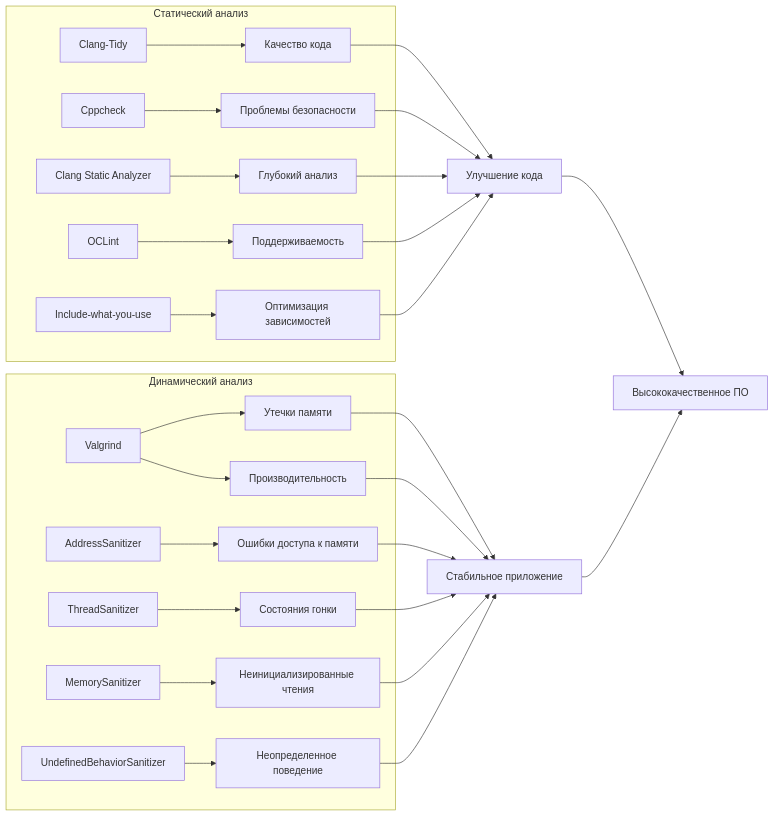
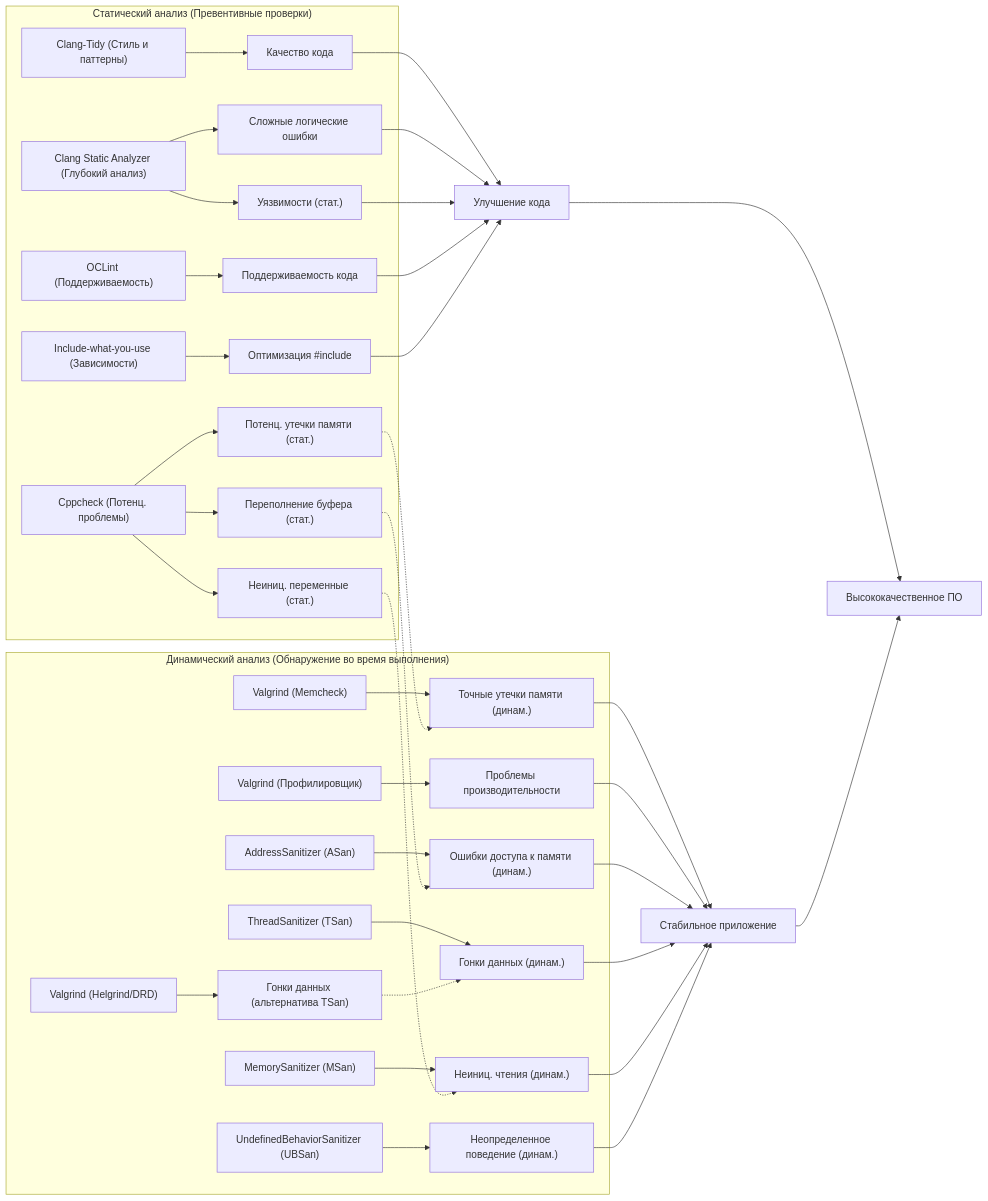
One commit to Wintari/cpp-project-dev-stack-preview changed the fifth of 6 diagrams in README.md. Above: the diagram before and after it, drawn with Mermaid. The commit also changed other lines of this file, not shown here.

````diff
--- a/README.md
+++ b/README.md
@@ -355,36 +364,44 @@
 ```mermaid
 graph LR
-    subgraph "Статический анализ"
-        ClangTidy["Clang-Tidy"] --> CodeQuality["Качество кода"]
-        Cppcheck --> SecurityIssues["Проблемы безопасности"]
-        ClangSA["Clang Static Analyzer"] --> DeepAnalysis["Глубокий анализ"]
-        OCLint --> Maintainability["Поддерживаемость"]
-        IWYU["Include-what-you-use"] --> Dependencies["Оптимизация зависимостей"]
+    subgraph "Статический анализ (Превентивные проверки)"
+        ClangTidy["Clang-Tidy (Стиль и паттерны)"] --> CodeQuality["Качество кода"]
+        Cppcheck["Cppcheck (Потенц. проблемы)"] --> PotMemoryLeaks["Потенц. утечки памяти (стат.)"]
+        Cppcheck --> BufferOverflowStatic["Переполнение буфера (стат.)"]
+        Cppcheck --> UninitVarStatic["Неиниц. переменные (стат.)"]
+        ClangSA["Clang Static Analyzer (Глубокий анализ)"] --> ComplexLogicErrors["Сложные логические ошибки"]
+        ClangSA --> VulnerabilitiesStatic["Уязвимости (стат.)"]
+        OCLint["OCLint (Поддерживаемость)"] --> Maintainability["Поддерживаемость кода"]
+        IWYU["Include-what-you-use (Зависимости)"] --> IncludeOptimization["Оптимизация #include"]
     end
     
-    subgraph "Динамический анализ"
-        Valgrind --> MemoryLeaks["Утечки памяти"]
-        Valgrind --> Performance["Производительность"]
+    subgraph "Динамический анализ (Обнаружение во время выполнения)"
+        ValgrindMemcheck["Valgrind (Memcheck)"] --> MemoryLeaksDynamic["Точные утечки памяти (динам.)"]
+        ValgrindProfile["Valgrind (Профилировщик)"] --> PerformanceIssues["Проблемы производительности"]
+        ValgrindHelgrindDRD["Valgrind (Helgrind/DRD)"] --> RaceConditionsAlt["Гонки данных (альтернатива TSan)"]
         
-        ASan["AddressSanitizer"] --> MemoryErrors["Ошибки доступа к памяти"]
-        TSan["ThreadSanitizer"] --> RaceConditions["Состояния гонки"]
-        MSan["MemorySanitizer"] --> UninitializedReads["Неинициализированные чтения"]
-        UBSan["UndefinedBehaviorSanitizer"] --> UndefinedBehavior["Неопределенное поведение"]
+        ASan["AddressSanitizer (ASan)"] --> MemoryAccessErrors["Ошибки доступа к памяти (динам.)"]
+        TSan["ThreadSanitizer (TSan)"] --> RaceConditionsDynamic["Гонки данных (динам.)"]
+        MSan["MemorySanitizer (MSan)"] --> UninitializedReadsDynamic["Неиниц. чтения (динам.)"]
+        UBSan["UndefinedBehaviorSanitizer (UBSan)"] --> UndefinedBehaviorDynamic["Неопределенное поведение (динам.)"]
     end
     
     CodeQuality --> BetterCode["Улучшение кода"]
-    SecurityIssues --> BetterCode
-    DeepAnalysis --> BetterCode
+    PotMemoryLeaks -.-> MemoryLeaksDynamic
+    BufferOverflowStatic -.-> MemoryAccessErrors
+    UninitVarStatic -.-> UninitializedReadsDynamic
+    ComplexLogicErrors --> BetterCode
+    VulnerabilitiesStatic --> BetterCode
     Maintainability --> BetterCode
-    Dependencies --> BetterCode
+    IncludeOptimization --> BetterCode
     
-    MemoryLeaks --> StableApp["Стабильное приложение"]
-    Performance --> StableApp
-    MemoryErrors --> StableApp
-    RaceConditions --> StableApp
-    UninitializedReads --> StableApp
-    UndefinedBehavior --> StableApp
+    MemoryLeaksDynamic --> StableApp["Стабильное приложение"]
+    PerformanceIssues --> StableApp
+    RaceConditionsAlt -.-> RaceConditionsDynamic
+    MemoryAccessErrors --> StableApp
+    RaceConditionsDynamic --> StableApp
+    UninitializedReadsDynamic --> StableApp
+    UndefinedBehaviorDynamic --> StableApp
     
     BetterCode --> HighQualitySoftware["Высококачественное ПО"]
     StableApp --> HighQualitySoftware
 ```
````
